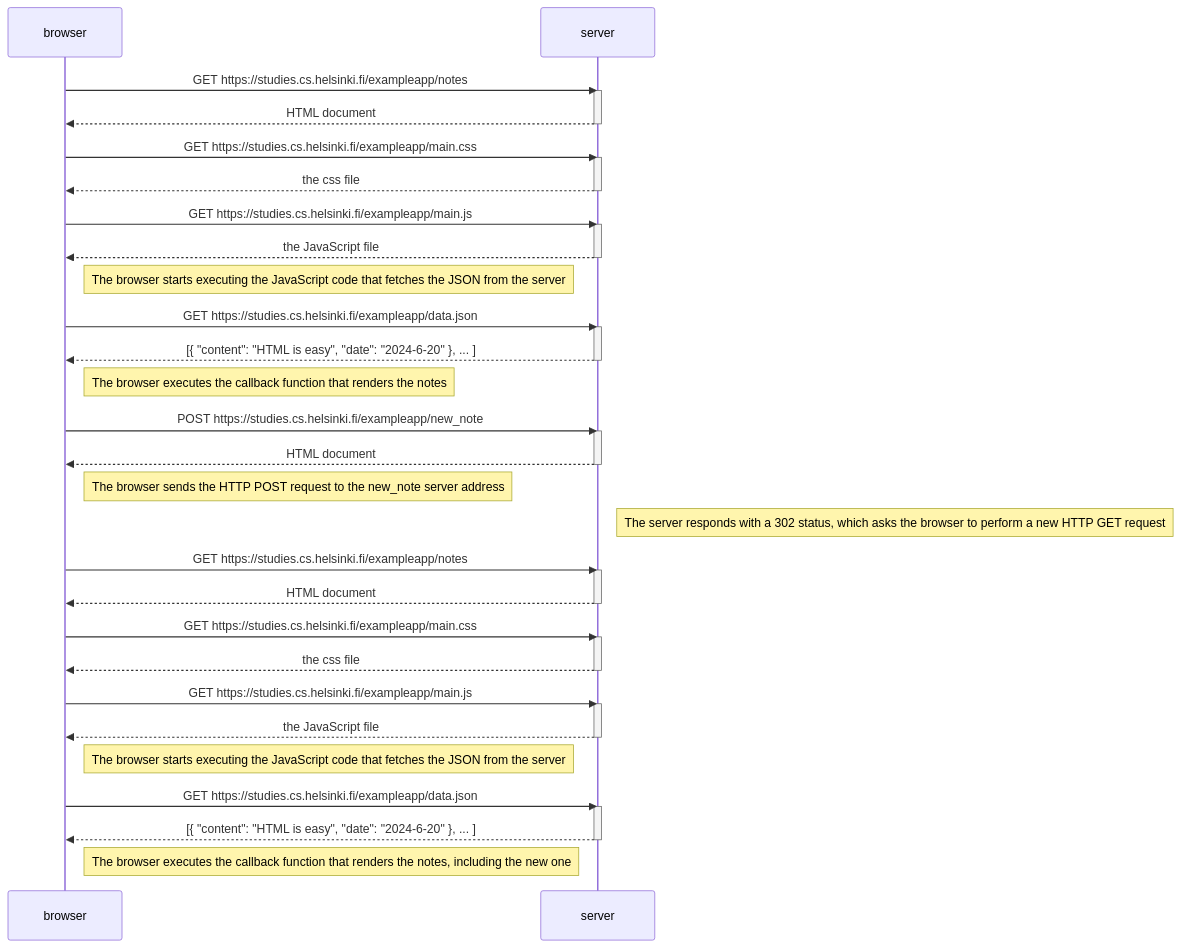
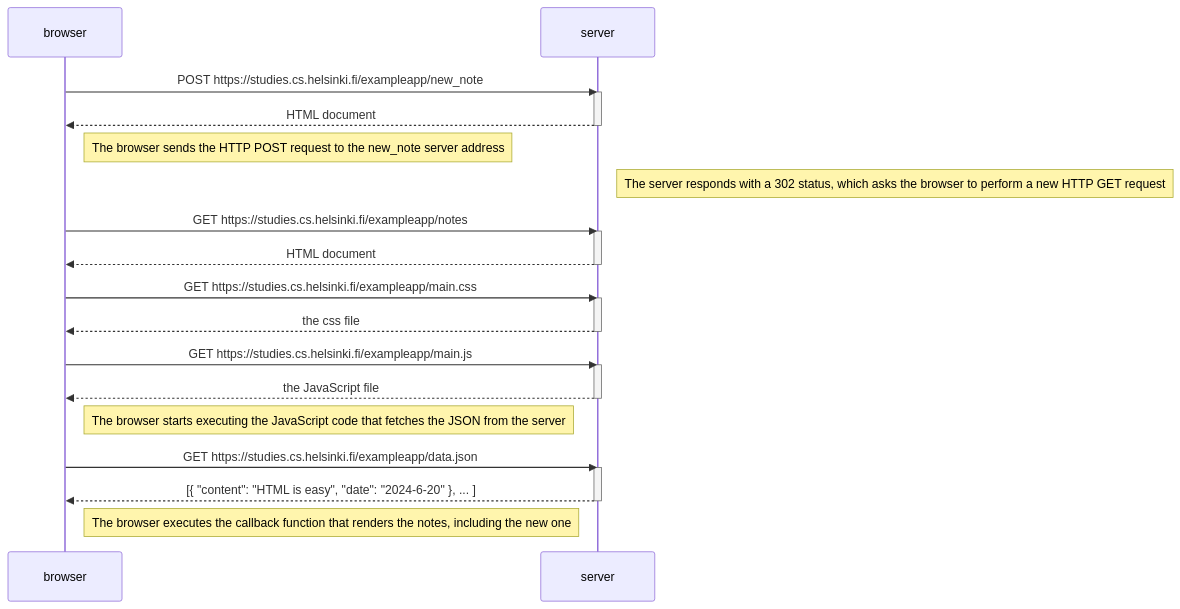
Before and after one commit to adeadelaide/fullstack-web-dev: the diagram in part0/04.md, drawn with Mermaid.

````diff
--- a/part0/04.md
+++ b/part0/04.md
@@ -1,60 +1,32 @@
 ```mermaid
-    sequenceDiagram
-        participant browser
-        participant server
-
-        browser->>server: GET https://studies.cs.helsinki.fi/exampleapp/notes
-
-        activate server
-        server-->>browser: HTML document
-        deactivate server
-
-        browser->>server: GET https://studies.cs.helsinki.fi/exampleapp/main.css
-        activate server
-        server-->>browser: the css file
-        deactivate server
-
-        browser->>server: GET https://studies.cs.helsinki.fi/exampleapp/main.js
-        activate server
-        server-->>browser: the JavaScript file
-        deactivate server
-
-        Note right of browser: The browser starts executing the JavaScript code that fetches the JSON from the server
-
-        browser->>server: GET https://studies.cs.helsinki.fi/exampleapp/data.json
-        activate server
-        server-->>browser: [{ "content": "HTML is easy", "date": "2024-6-20" }, ... ]
-        deactivate server
-
-        Note right of browser: The browser executes the callback function that renders the notes
-    
+    sequenceDiagram   
         browser->>server: POST https://studies.cs.helsinki.fi/exampleapp/new_note
         activate server
         server-->>browser: HTML document
         deactivate server
         Note right of browser: The browser sends the HTTP POST request to the new_note server address
         Note right of server: The server responds with a 302 status, which asks the browser to perform a new HTTP GET request
 
         browser->>server: GET https://studies.cs.helsinki.fi/exampleapp/notes
         activate server
         server-->>browser: HTML document
         deactivate server
 
             browser->>server: GET https://studies.cs.helsinki.fi/exampleapp/main.css
         activate server
         server-->>browser: the css file
         deactivate server
 
         browser->>server: GET https://studies.cs.helsinki.fi/exampleapp/main.js
         activate server
         server-->>browser: the JavaScript file
         deactivate server
 
         Note right of browser: The browser starts executing the JavaScript code that fetches the JSON from the server
 
         browser->>server: GET https://studies.cs.helsinki.fi/exampleapp/data.json
         activate server
         server-->>browser: [{ "content": "HTML is easy", "date": "2024-6-20" }, ... ]
         deactivate server
         Note right of browser: The browser executes the callback function that renders the notes, including the new one
 ```
````
